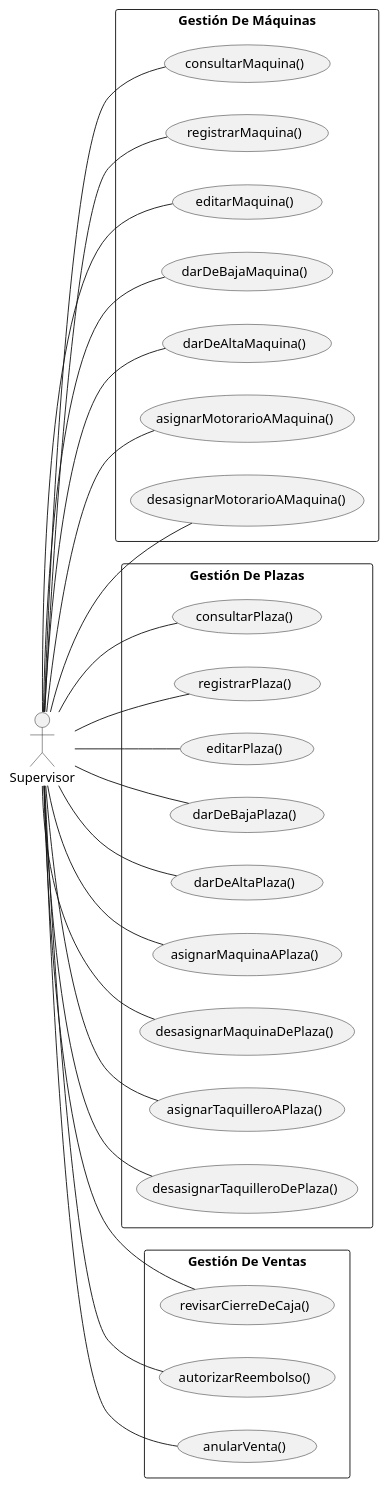
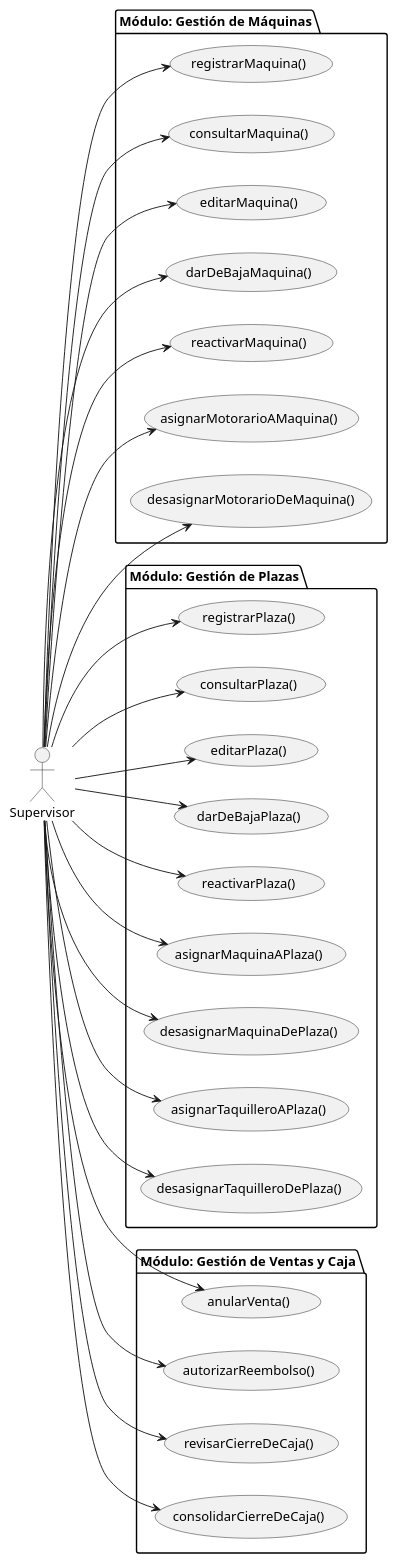
Before and after one commit to aeRomeroz/pyTicketing: the diagram in UML/00-requisitos/01-actores-casosDeUso/00-actores/Supervisor/DdCdU-supervisor-general.puml, drawn with PlantUML. The commit also changed 14 other files, not shown here.

First line of the commit message:
refactor(casos-de-uso): estandarizar diagramas de casos de uso y relaciones UML

```diff
--- a/UML/00-requisitos/01-actores-casosDeUso/00-actores/Supervisor/DdCdU-supervisor-general.puml
+++ b/UML/00-requisitos/01-actores-casosDeUso/00-actores/Supervisor/DdCdU-supervisor-general.puml
@@ -1,64 +1,65 @@
-@startuml diagrama-general-casos-uso-supervisor
+@startuml DdCdU-supervisor-general
 
 left to right direction
-skinparam packageStyle rectangle
 
 actor "Supervisor" as supervisor
 
-package "Gestión De Máquinas" {
+package "Módulo: Gestión de Máquinas" {
+    usecase registrarMaquina as "registrarMaquina()"
     usecase consultarMaquina as "consultarMaquina()"
-    usecase registrarMaquina as "registrarMaquina()"
     usecase editarMaquina as "editarMaquina()"
     usecase darDeBajaMaquina as "darDeBajaMaquina()"
-    usecase darDeAltaMaquina as "darDeAltaMaquina()"
-    
+    usecase reactivarMaquina as "reactivarMaquina()"
+
     usecase asignarMotorarioAMaquina as "asignarMotorarioAMaquina()"
-    usecase desasignarMotorarioAMaquina as "desasignarMotorarioAMaquina()"
+    usecase desasignarMotorarioDeMaquina as "desasignarMotorarioDeMaquina()"
 }
 
-package "Gestión De Plazas" {
+package "Módulo: Gestión de Plazas" {
+    usecase registrarPlaza as "registrarPlaza()"
     usecase consultarPlaza as "consultarPlaza()"
-    usecase registrarPlaza as "registrarPlaza()"
     usecase editarPlaza as "editarPlaza()"
     usecase darDeBajaPlaza as "darDeBajaPlaza()"
-    usecase darDeAltaPlaza as "darDeAltaPlaza()"
-    
+    usecase reactivarPlaza as "reactivarPlaza()"
+
     usecase asignarMaquinaAPlaza as "asignarMaquinaAPlaza()"
     usecase desasignarMaquinaDePlaza as "desasignarMaquinaDePlaza()"
 
     usecase asignarTaquilleroAPlaza as "asignarTaquilleroAPlaza()"
     usecase desasignarTaquilleroDePlaza as "desasignarTaquilleroDePlaza()"
 }
 
-package "Gestión De Ventas" {
+package "Módulo: Gestión de Ventas y Caja" {
+    usecase anularVenta as "anularVenta()"
+    usecase autorizarReembolso as "autorizarReembolso()"
     usecase revisarCierreDeCaja as "revisarCierreDeCaja()"
-    usecase autorizarReembolso as "autorizarReembolso()"
-    usecase anularVenta as "anularVenta()"
+    usecase consolidarCierreDeCaja as "consolidarCierreDeCaja()"
 }
 
 ' --- Conexiones Gestión de Máquinas ---
-supervisor -- consultarMaquina
-supervisor -- registrarMaquina
-supervisor -- editarMaquina
-supervisor -- darDeBajaMaquina
-supervisor -- darDeAltaMaquina
-supervisor -- asignarMotorarioAMaquina
-supervisor -- desasignarMotorarioAMaquina
+supervisor --> registrarMaquina
+supervisor --> consultarMaquina
+supervisor --> editarMaquina
+supervisor --> darDeBajaMaquina
+supervisor --> reactivarMaquina
+supervisor --> asignarMotorarioAMaquina
+supervisor --> desasignarMotorarioDeMaquina
 
 ' --- Conexiones Gestión de Plazas ---
-supervisor -- consultarPlaza
-supervisor -- registrarPlaza
-supervisor -- editarPlaza
-supervisor -- darDeBajaPlaza
-supervisor -- darDeAltaPlaza
-supervisor -- asignarMaquinaAPlaza
-supervisor -- desasignarMaquinaDePlaza
-supervisor -- asignarTaquilleroAPlaza
-supervisor -- desasignarTaquilleroDePlaza
+supervisor --> registrarPlaza
+supervisor --> consultarPlaza
+supervisor --> editarPlaza
+supervisor --> darDeBajaPlaza
+supervisor --> reactivarPlaza
+supervisor --> asignarMaquinaAPlaza
+supervisor --> desasignarMaquinaDePlaza
+supervisor --> asignarTaquilleroAPlaza
+supervisor --> desasignarTaquilleroDePlaza
 
-' --- Conexiones Gestión de Ventas ---
-supervisor -- revisarCierreDeCaja
-supervisor -- autorizarReembolso
-supervisor -- anularVenta
+' --- Conexiones Gestión de Ventas y Caja ---
+supervisor --> anularVenta
+supervisor --> autorizarReembolso
+supervisor --> revisarCierreDeCaja
+supervisor --> consolidarCierreDeCaja
 
 @enduml
```
